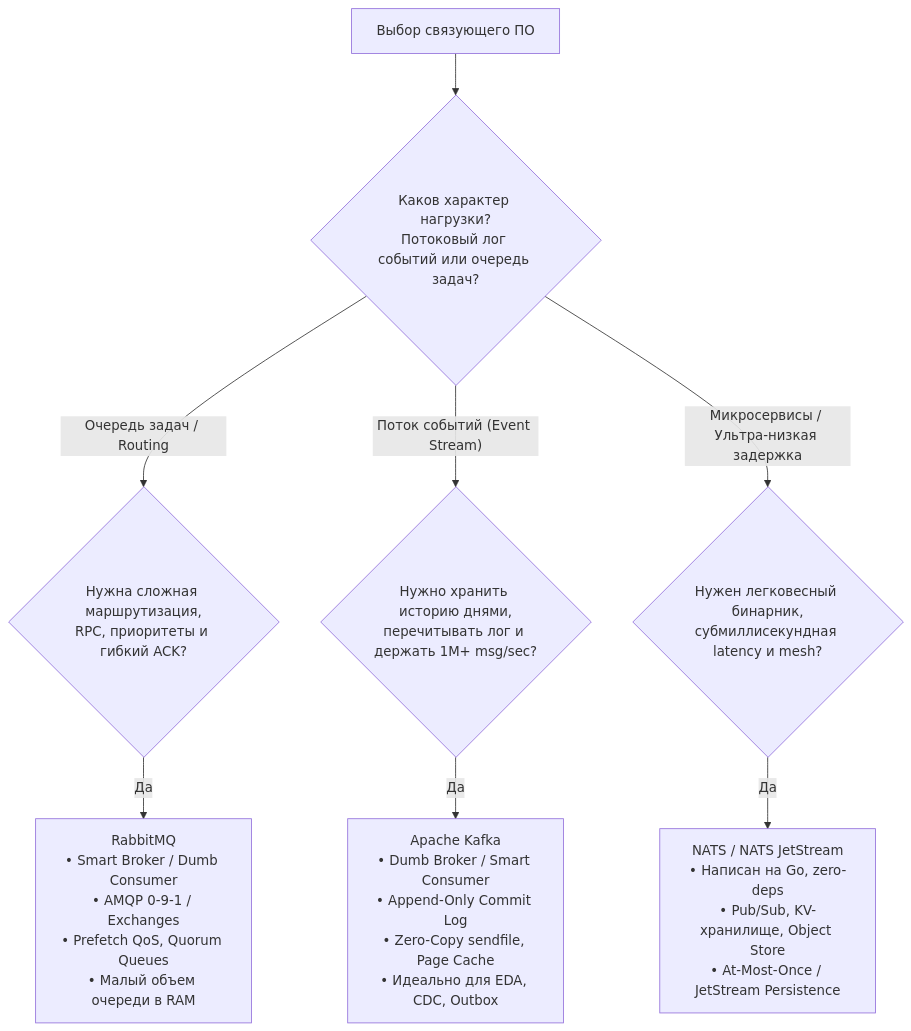
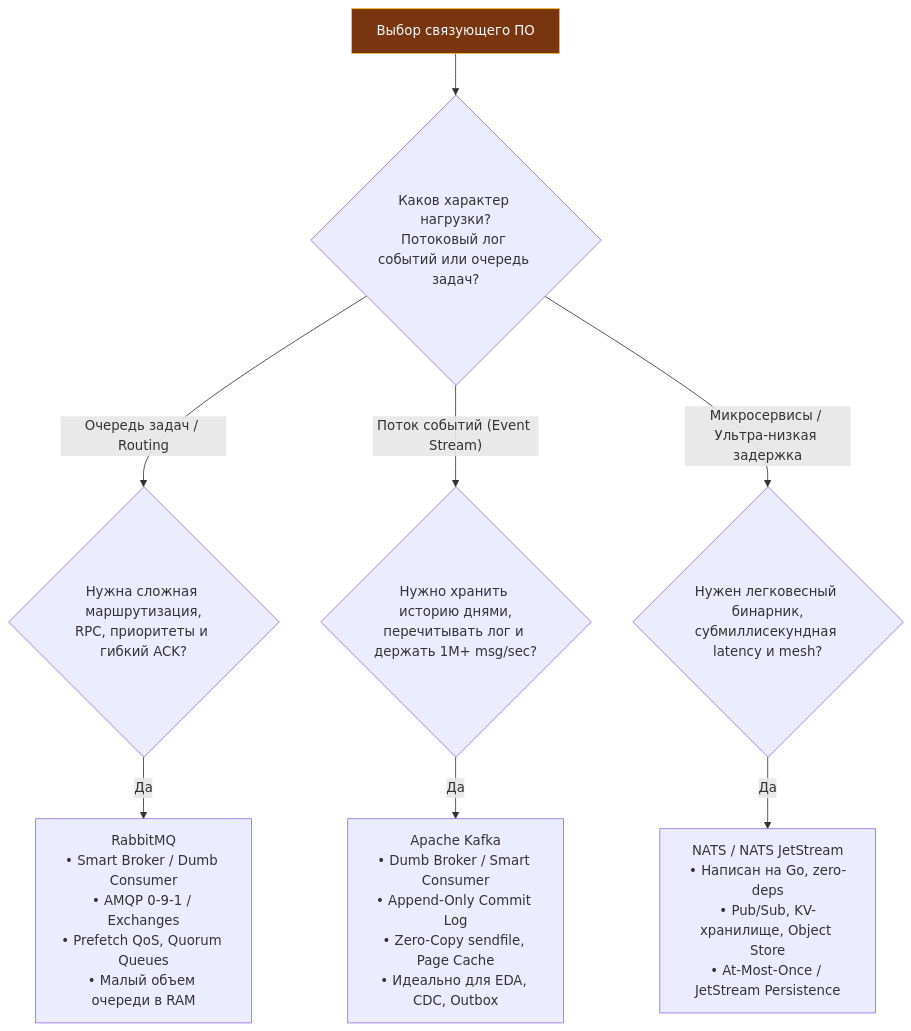
The second of 3 diagrams in sources/13. Очереди, брокеры сообщений и оркестраторы/07. Практика/10. Итоги раздела. Асинхронная архитектура.md (UnrealTemplier/go-textbook), drawn with Mermaid before and after one commit. The commit also changed other lines of this file and 1666 other files, not shown here.

First line of the commit message:
feat(mermaid): add semantic color classDef to 1369 colorless flowchart/graph diagrams

````diff
--- a/sources/13. Очереди, брокеры сообщений и оркестраторы/07. Практика/10. Итоги раздела. Асинхронная архитектура.md
+++ b/sources/13. Очереди, брокеры сообщений и оркестраторы/07. Практика/10. Итоги раздела. Асинхронная архитектура.md
@@ -125,13 +125,23 @@
 ```mermaid
 flowchart TD
-    Start["Выбор связующего ПО"] --> Q1{"Каков характер нагрузки?<br>Потоковый лог событий или очередь задач?"}
+    classDef process  fill:#1e293b,stroke:#38bdf8,stroke-width:1px,color:#f8fafc
+    classDef success  fill:#064e3b,stroke:#34d399,stroke-width:1px,color:#f8fafc
+    classDef error    fill:#7f1d1d,stroke:#f87171,stroke-width:1px,color:#f8fafc
+    classDef warning  fill:#78350f,stroke:#fbbf24,stroke-width:1px,color:#f8fafc
+    classDef entry    fill:#1e3a5f,stroke:#38bdf8,stroke-width:2px,color:#f8fafc
+    classDef aux      fill:#334155,stroke:#64748b,stroke-width:1px,color:#f8fafc
+    classDef system   fill:#312e81,stroke:#a78bfa,stroke-width:1px,color:#f8fafc
+    classDef data     fill:#132d29,stroke:#2dd4bf,stroke-width:1px,color:#f8fafc
+    classDef network  fill:#881337,stroke:#fb7185,stroke-width:1px,color:#f8fafc
+    classDef accent   fill:#1e1b4b,stroke:#818cf8,stroke-width:1px,color:#f8fafc
+    Start["Выбор связующего ПО"]:::warning --> Q1{"Каков характер нагрузки?<br>Потоковый лог событий или очередь задач?"}
 
     Q1 -- "Очередь задач / Routing" --> Q2{"Нужна сложная маршрутизация,<br>RPC, приоритеты и гибкий ACK?"}
     Q2 -- "Да" --> RMQ["RabbitMQ<br>• Smart Broker / Dumb Consumer<br>• AMQP 0-9-1 / Exchanges<br>• Prefetch QoS, Quorum Queues<br>• Малый объем очереди в RAM"]
 
     Q1 -- "Поток событий (Event Stream)" --> Q3{"Нужно хранить историю днями,<br>перечитывать лог и держать 1M+ msg/sec?"}
     Q3 -- "Да" --> K["Apache Kafka<br>• Dumb Broker / Smart Consumer<br>• Append-Only Commit Log<br>• Zero-Copy sendfile, Page Cache<br>• Идеально для EDA, CDC, Outbox"]
 
     Q1 -- "Микросервисы / Ультра-низкая задержка" --> Q4{"Нужен легковесный бинарник,<br>субмиллисекундная latency и mesh?"}
     Q4 -- "Да" --> N["NATS / NATS JetStream<br>• Написан на Go, zero-deps<br>• Pub/Sub, KV-хранилище, Object Store<br>• At-Most-Once / JetStream Persistence"]
 ```
````
